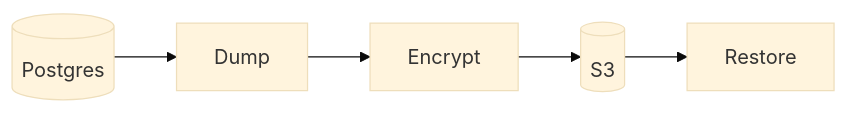
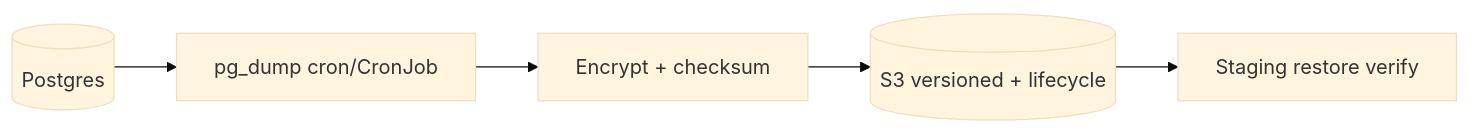
One commit to navin-kumar10/app-backup-disaster-recovery changed the diagram in README.md. Above: the diagram before and after it, drawn with Mermaid (base theme). The commit also changed other lines of this file, not shown here.

Commit message:
docs: expand README to end-to-end realtime setup - clone, local run, auth, vars, plan/apply, deploy, verify, CI/CD, ops, teardown, troubleshooting

````diff
--- a/README.md
+++ b/README.md
@@ -11,4 +21,7 @@
 ```mermaid
 flowchart LR
-  PG[(Postgres)] --> Dump --> Enc[Encrypt] --> S3[(S3)] --> Restore
+  PG[(Postgres)] --> Dump[pg_dump cron/CronJob]
+  Dump --> Enc[Encrypt + checksum]
+  Enc --> S3[(S3 versioned + lifecycle)]
+  S3 --> Restore[Staging restore verify]
 ```
````
